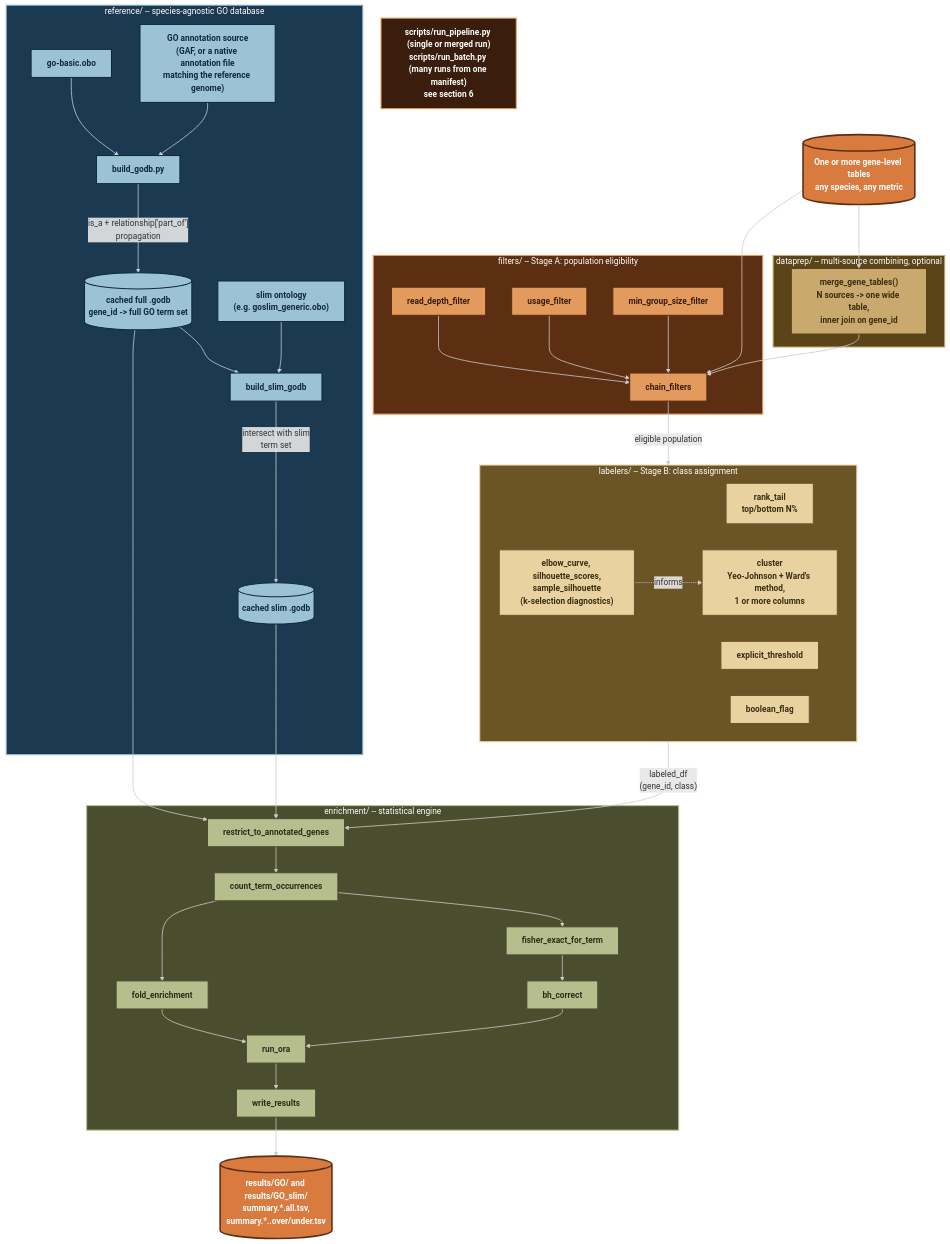
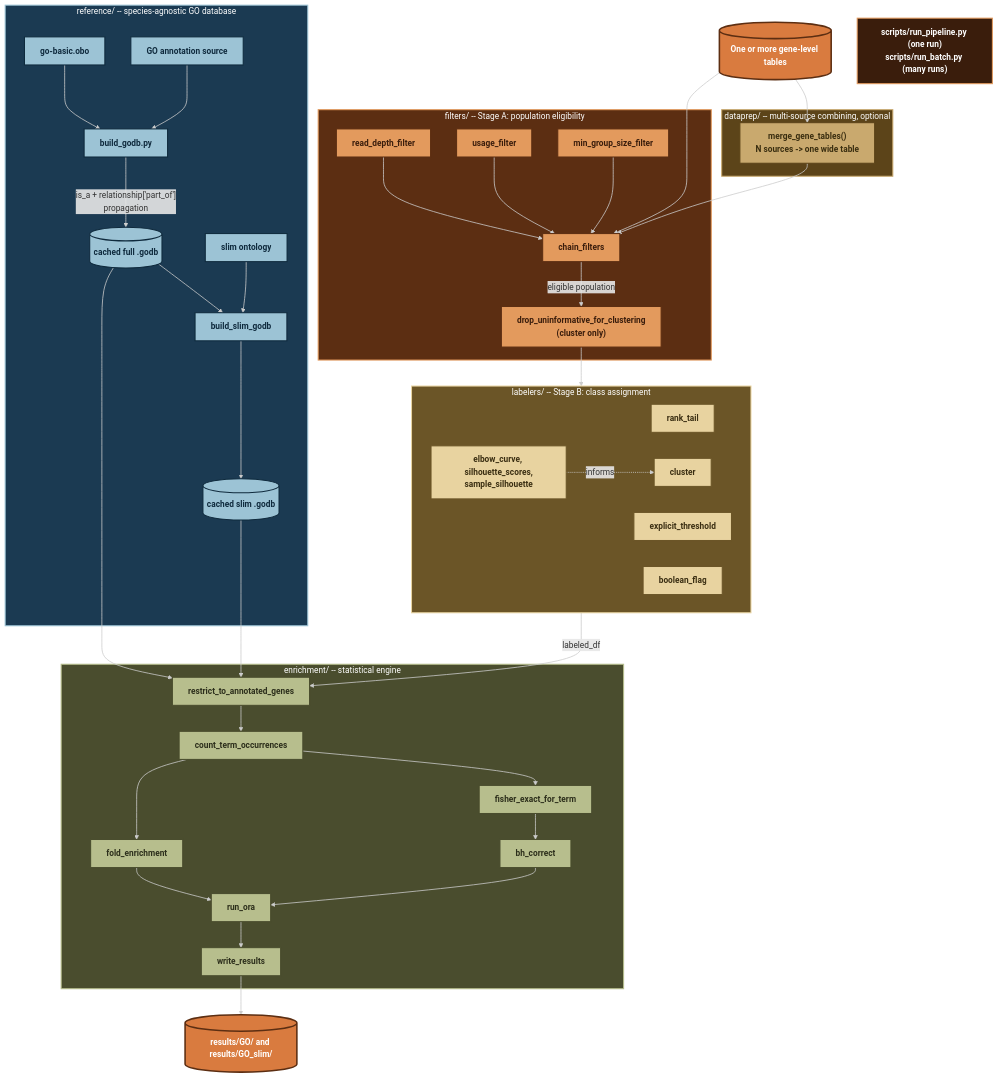
The diagram in README.md (ih-11/go-gsea), drawn with Mermaid before and after one commit. The commit also changed other lines of this file, not shown here.

```diff
--- a/README.md
+++ b/README.md
@@ -344,32 +365,33 @@
 flowchart TD
     subgraph REF["reference/ -- species-agnostic GO database"]
         A1[go-basic.obo] --> B1[build_godb.py]
-        A2["GO annotation source<br/>(GAF, or a native annotation file<br/>matching the reference genome)"] --> B1
-        B1 -->|"is_a + relationship['part_of']<br/>propagation"| C1[("cached full .godb<br/>gene_id -> full GO term set")]
-        A3["slim ontology<br/>(e.g. goslim_generic.obo)"] --> B2[build_slim_godb]
+        A2["GO annotation source"] --> B1
+        B1 -->|"is_a + relationship['part_of']<br/>propagation"| C1[("cached full .godb")]
+        A3["slim ontology"] --> B2[build_slim_godb]
         C1 --> B2
-        B2 -->|"intersect with slim<br/>term set"| C2[("cached slim .godb")]
+        B2 --> C2[("cached slim .godb")]
     end
 
     subgraph MERGE["dataprep/ -- multi-source combining, optional"]
-        M1["merge_gene_tables()<br/>N sources -> one wide table,<br/>inner join on gene_id"]
+        M1["merge_gene_tables()<br/>N sources -> one wide table"]
     end
 
     subgraph FILT["filters/ -- Stage A: population eligibility"]
         D1[read_depth_filter]
         D2[usage_filter]
         D3[min_group_size_filter]
+        D5["drop_uninformative_for_clustering<br/>(cluster only)"]
         D1 --> D4[chain_filters]
         D2 --> D4
         D3 --> D4
     end
 
     subgraph LAB["labelers/ -- Stage B: class assignment"]
-        E1["rank_tail<br/>top/bottom N%"]
+        E1["rank_tail"]
         E2[explicit_threshold]
         E3[boolean_flag]
-        E4["cluster<br/>Yeo-Johnson + Ward's method,<br/>1 or more columns"]
-        E5["elbow_curve, silhouette_scores,<br/>sample_silhouette<br/>(k-selection diagnostics)"]
+        E4["cluster"]
+        E5["elbow_curve, silhouette_scores,<br/>sample_silhouette"]
         E5 -.informs.-> E4
     end
 
@@ -387,15 +409,16 @@
         F6 --> F7[write_results]
     end
 
-    G[("One or more gene-level tables<br/>any species, any metric")] --> M1
+    G[("One or more gene-level tables")] --> M1
     G --> D4
     M1 --> D4
-    D4 -->|eligible population| LAB
-    LAB -->|"labeled_df<br/>(gene_id, class)"| F1
+    D4 -->|eligible population| D5
+    D5 --> LAB
+    LAB -->|"labeled_df"| F1
     C1 --> F1
     C2 --> F1
-    F7 --> H[("results/GO/ and results/GO_slim/<br/>summary.*.all.tsv,<br/>summary.*.<class>.over/under.tsv")]
-    S["scripts/run_pipeline.py (single or merged run)<br/>scripts/run_batch.py (many runs from one manifest)<br/>see section 6"]
+    F7 --> H[("results/GO/ and results/GO_slim/")]
+    S["scripts/run_pipeline.py (one run)<br/>scripts/run_batch.py (many runs)"]
 
     classDef refNode fill:#9CC3D5,stroke:#0F2A3D,stroke-width:2px,color:#0F2A3D,font-weight:bold;
     classDef mergeNode fill:#C9A96E,stroke:#5C4419,stroke-width:2px,color:#3A2E10,font-weight:bold;
@@ -407,7 +430,7 @@
 
     class A1,A2,A3,B1,B2,C1,C2 refNode;
     class M1 mergeNode;
-    class D1,D2,D3,D4 filtNode;
+    class D1,D2,D3,D4,D5 filtNode;
     class E1,E2,E3,E4,E5 labNode;
     class F1,F2,F3,F4,F5,F6,F7 oraNode;
     class G,H dataNode;
```
